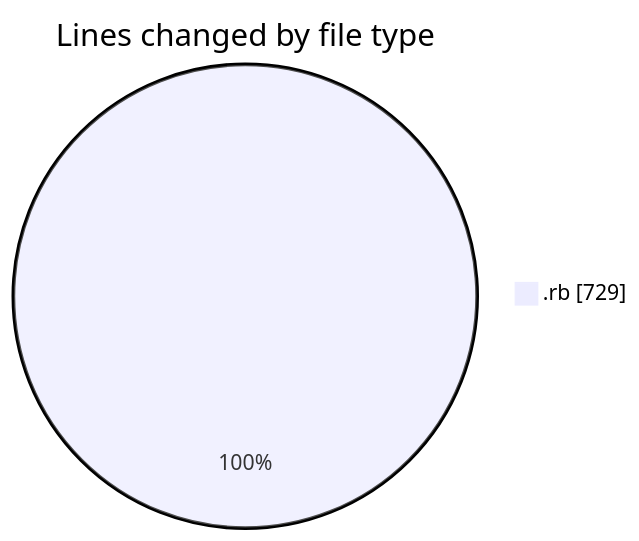
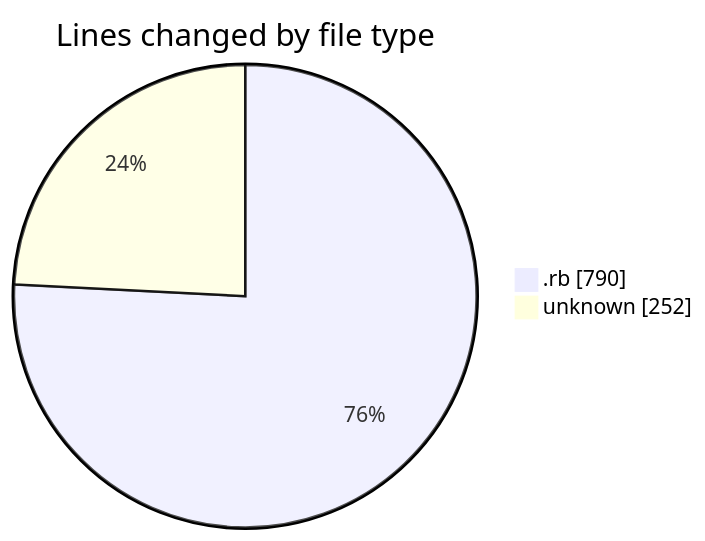
Before and after one commit to seballot/code-tracking: the first of 2 diagrams in 2025-06-19/app__container_registration-app__calm-app__/README.md, drawn with Mermaid. The commit also changed other lines of this file and 1 other file, not shown here.

````diff
--- a/2025-06-19/app__container_registration-app__calm-app__/README.md
+++ b/2025-06-19/app__container_registration-app__calm-app__/README.md
@@ -21,5 +22,6 @@
 ```mermaid
 pie showData
 title Lines changed by file type
-".rb" : 729
+".rb" : 790
+"unknown" : 252
 ```
````
